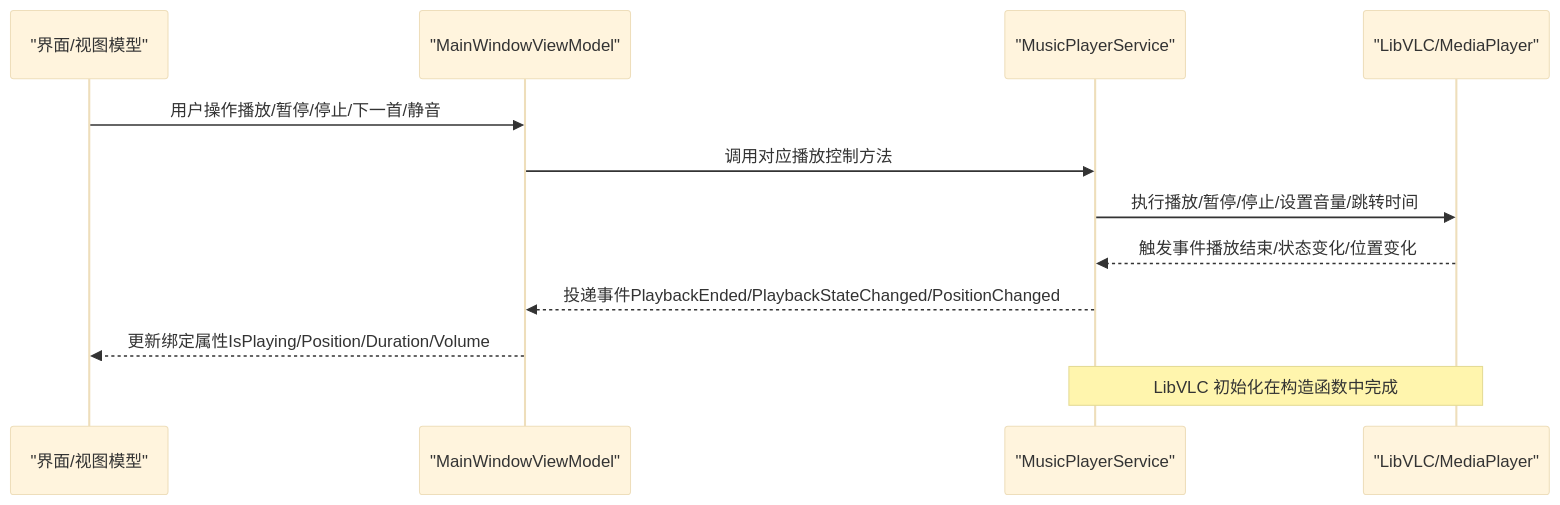
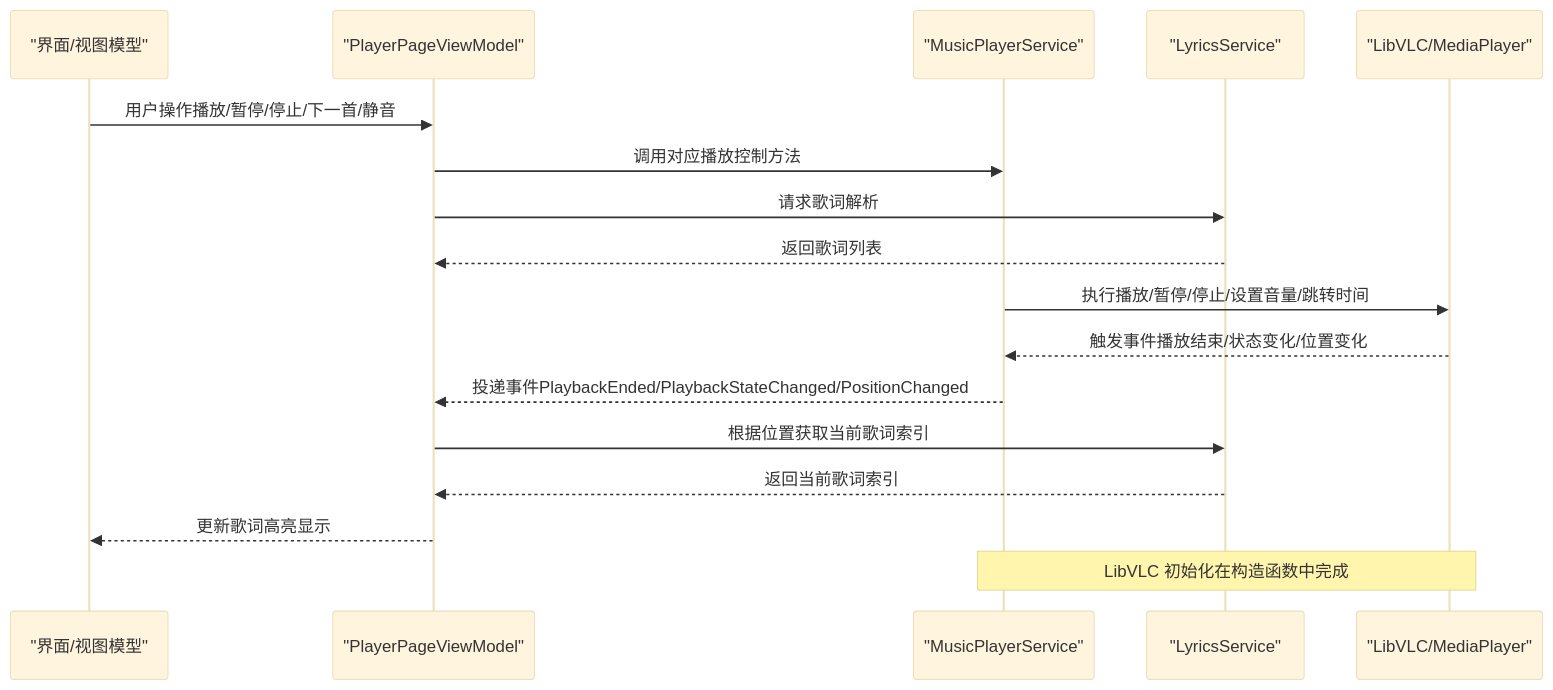
Before and after one commit to mariamjensen42-glitch/LocalMusicPlayer: the second of 12 diagrams in .qoder/repowiki/zh/content/核心服务层/音频播放服务.md, drawn with Mermaid (base theme). The commit also changed other lines of this file and 23 other files, not shown here.

````diff
--- a/.qoder/repowiki/zh/content/核心服务层/音频播放服务.md
+++ b/.qoder/repowiki/zh/content/核心服务层/音频播放服务.md
@@ -111,14 +137,19 @@
 ```mermaid
 sequenceDiagram
 participant UI as "界面/视图模型"
-participant VM as "MainWindowViewModel"
+participant PPVM as "PlayerPageViewModel"
 participant MPS as "MusicPlayerService"
+participant LS as "LyricsService"
 participant VLC as "LibVLC/MediaPlayer"
-UI->>VM : 用户操作播放/暂停/停止/下一首/静音
-VM->>MPS : 调用对应播放控制方法
+UI->>PPVM : 用户操作播放/暂停/停止/下一首/静音
+PPVM->>MPS : 调用对应播放控制方法
+PPVM->>LS : 请求歌词解析
+LS-->>PPVM : 返回歌词列表
 MPS->>VLC : 执行播放/暂停/停止/设置音量/跳转时间
 VLC-->>MPS : 触发事件播放结束/状态变化/位置变化
-MPS-->>VM : 投递事件PlaybackEnded/PlaybackStateChanged/PositionChanged
-VM-->>UI : 更新绑定属性IsPlaying/Position/Duration/Volume
+MPS-->>PPVM : 投递事件PlaybackEnded/PlaybackStateChanged/PositionChanged
+PPVM->>LS : 根据位置获取当前歌词索引
+LS-->>PPVM : 返回当前歌词索引
+PPVM-->>UI : 更新歌词高亮显示
 Note over MPS,VLC : LibVLC 初始化在构造函数中完成
 ```
````
